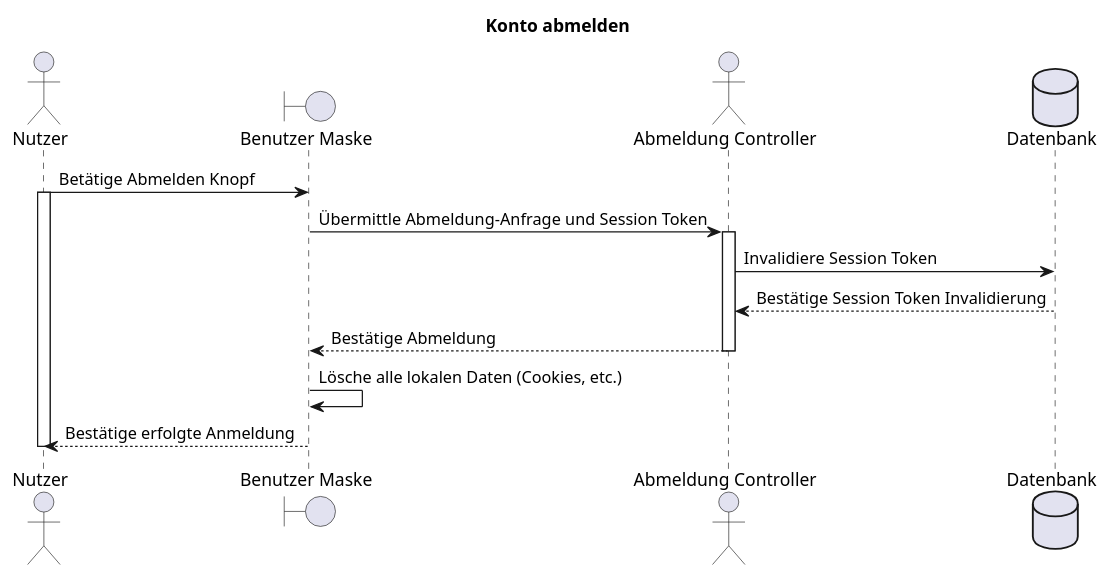
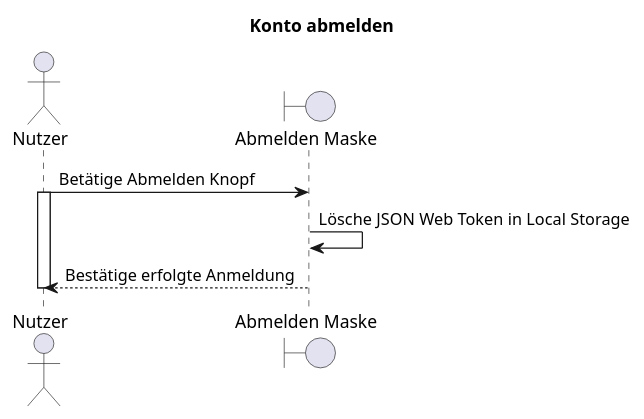
One commit to party-time-2/party-time changed the diagram in doc/F012_kontoAbmelden.plantuml. Above: the diagram before and after it, drawn with PlantUML. The commit also changed 1 other file, not shown here.

Commit message:
Konto abmelden mit JWT

```diff
--- a/doc/F012_kontoAbmelden.plantuml
+++ b/doc/F012_kontoAbmelden.plantuml
@@ -1,21 +1,12 @@
 @startuml F012_kontoAbmelden
 title "Konto abmelden"
 
 actor "Nutzer" as user
-boundary "Benutzer Maske" as userMask
-actor "Abmeldung Controller" as controller
-database "Datenbank" as db
+boundary "Abmelden Maske" as userMask
 
 user -> userMask: Betätige Abmelden Knopf
 activate user
-
-userMask -> controller: Übermittle Abmeldung-Anfrage und Session Token
-activate controller
-controller -> db: Invalidiere Session Token
-controller <-- db: Bestätige Session Token Invalidierung
-userMask <-- controller: Bestätige Abmeldung
-deactivate controller
-userMask -> userMask: Lösche alle lokalen Daten (Cookies, etc.)
+userMask -> userMask: Lösche JSON Web Token in Local Storage
 user <-- userMask: Bestätige erfolgte Anmeldung
 deactivate user
 @enduml
```
